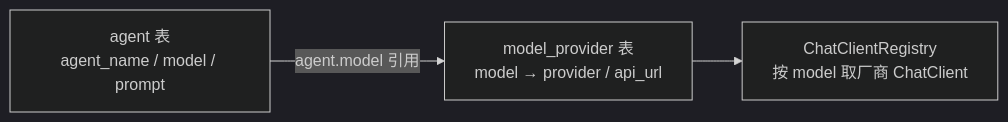
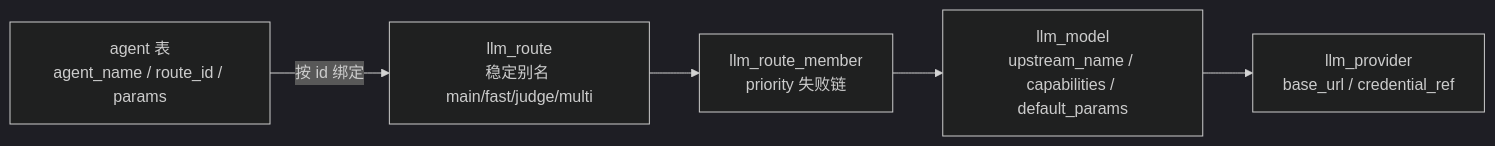
One commit to cxknotjj/Deerfect_harness changed the diagram in docs/guides/models.md. Above: the diagram before and after it, drawn with Mermaid (dark theme). The commit also changed other lines of this file and 10 other files, not shown here.

````diff
--- a/docs/guides/models.md
+++ b/docs/guides/models.md
@@ -9,5 +9,7 @@
 ```mermaid
 flowchart LR
-    A[agent 表<br/>agent_name / model / prompt] -->|agent.model 引用| B[model_provider 表<br/>model → provider / api_url]
-    B --> C[ChatClientRegistry<br/>按 model 取厂商 ChatClient]
+    A[agent 表<br/>agent_name / route_id / params] -->|按 id 绑定| R[llm_route<br/>稳定别名 main/fast/judge/multi]
+    R --> M[llm_route_member<br/>priority 失败链]
+    M --> D[llm_model<br/>upstream_name / capabilities / default_params]
+    D --> P[llm_provider<br/>base_url / credential_ref]
 ```
````
